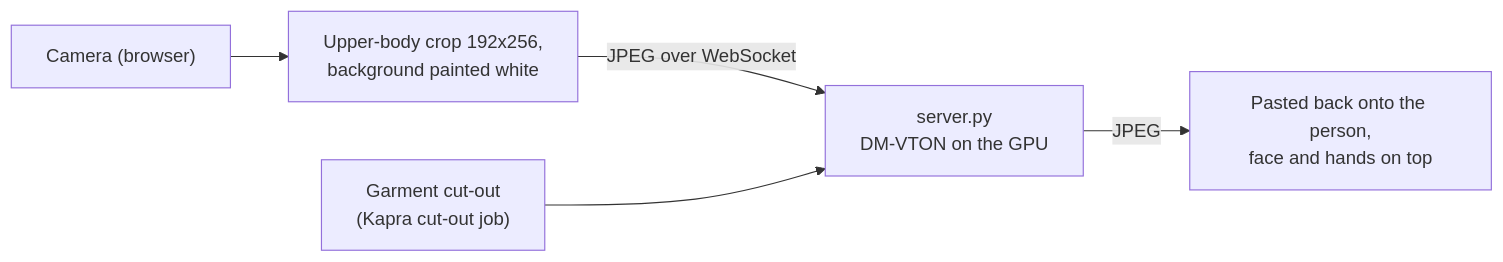
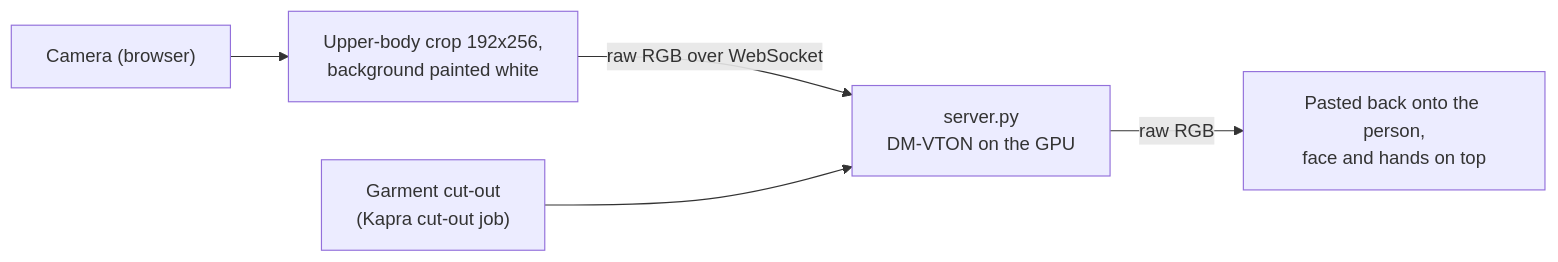
One commit to raheemxghumman/kapra-planner changed the diagram in realtime-tryon/README.md. Above: the diagram before and after it, drawn with Mermaid. The commit also changed other lines of this file and 5 other files, not shown here.

````diff
--- a/realtime-tryon/README.md
+++ b/realtime-tryon/README.md
@@ -7,7 +7,7 @@
 ```mermaid
 flowchart LR
   CAM["Camera (browser)"] --> CROP["Upper-body crop 192x256,<br/>background painted white"]
-  CROP -->|"JPEG over WebSocket"| SRV["server.py<br/>DM-VTON on the GPU"]
+  CROP -->|"raw RGB over WebSocket"| SRV["server.py<br/>DM-VTON on the GPU"]
   CUT["Garment cut-out<br/>(Kapra cut-out job)"] --> SRV
-  SRV -->|"JPEG"| PASTE["Pasted back onto the person,<br/>face and hands on top"]
+  SRV -->|"raw RGB"| PASTE["Pasted back onto the person,<br/>face and hands on top"]
 ```
````
